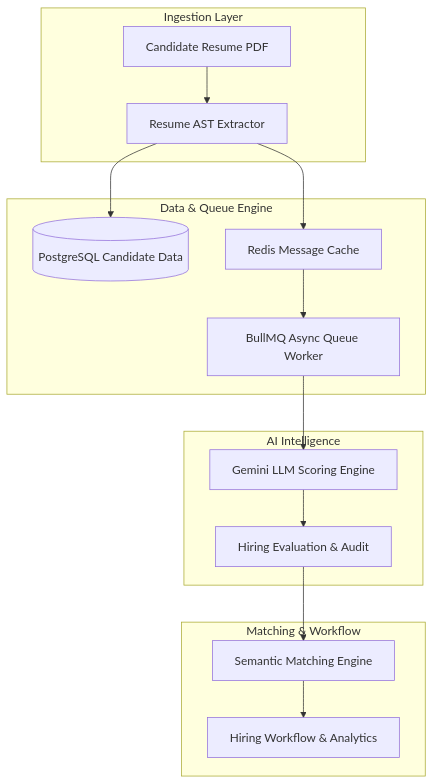
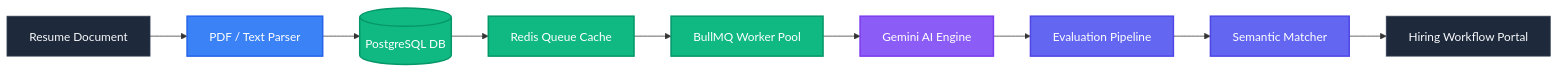
Before and after one commit to Basharameez/my-portfolio: the second of 6 diagrams in README.md, drawn with Mermaid. The commit also changed other lines of this file, not shown here.

````diff
--- a/README.md
+++ b/README.md
@@ -100,19 +138,17 @@
 ```mermaid
-flowchart TD
-    subgraph Ingestion ["Ingestion Layer"]
-      A[Candidate Resume PDF] --> B[Resume AST Extractor]
-    end
-    subgraph Data ["Data & Queue Engine"]
-      B --> C[(PostgreSQL Candidate Data)]
-      B --> D[Redis Message Cache]
-      D --> E[BullMQ Async Queue Worker]
-    end
-    subgraph AI ["AI Intelligence"]
-      E --> F[Gemini LLM Scoring Engine]
-      F --> G[Hiring Evaluation & Audit]
-    end
-    subgraph Workflow ["Matching & Workflow"]
-      G --> H[Semantic Matching Engine]
-      H --> I[Hiring Workflow & Analytics]
-    end
+flowchart LR
+    classDef indigo fill:#6366F1,stroke:#4F46E5,color:#FFFFFF,stroke-width:2px;
+    classDef violet fill:#8B5CF6,stroke:#7C3AED,color:#FFFFFF,stroke-width:2px;
+    classDef blue fill:#3B82F6,stroke:#2563EB,color:#FFFFFF,stroke-width:2px;
+    classDef emerald fill:#10B981,stroke:#059669,color:#FFFFFF,stroke-width:2px;
+    classDef dark fill:#1E293B,stroke:#334155,color:#F8FAFC,stroke-width:1px;
+
+    A[Resume Document]:::dark --> B[PDF / Text Parser]:::blue
+    B --> C[(PostgreSQL DB)]:::emerald
+    C --> D[Redis Queue Cache]:::emerald
+    D --> E[BullMQ Worker Pool]:::emerald
+    E --> F[Gemini AI Engine]:::violet
+    F --> G[Evaluation Pipeline]:::indigo
+    G --> H[Semantic Matcher]:::indigo
+    H --> I[Hiring Workflow Portal]:::dark
 ```
````
